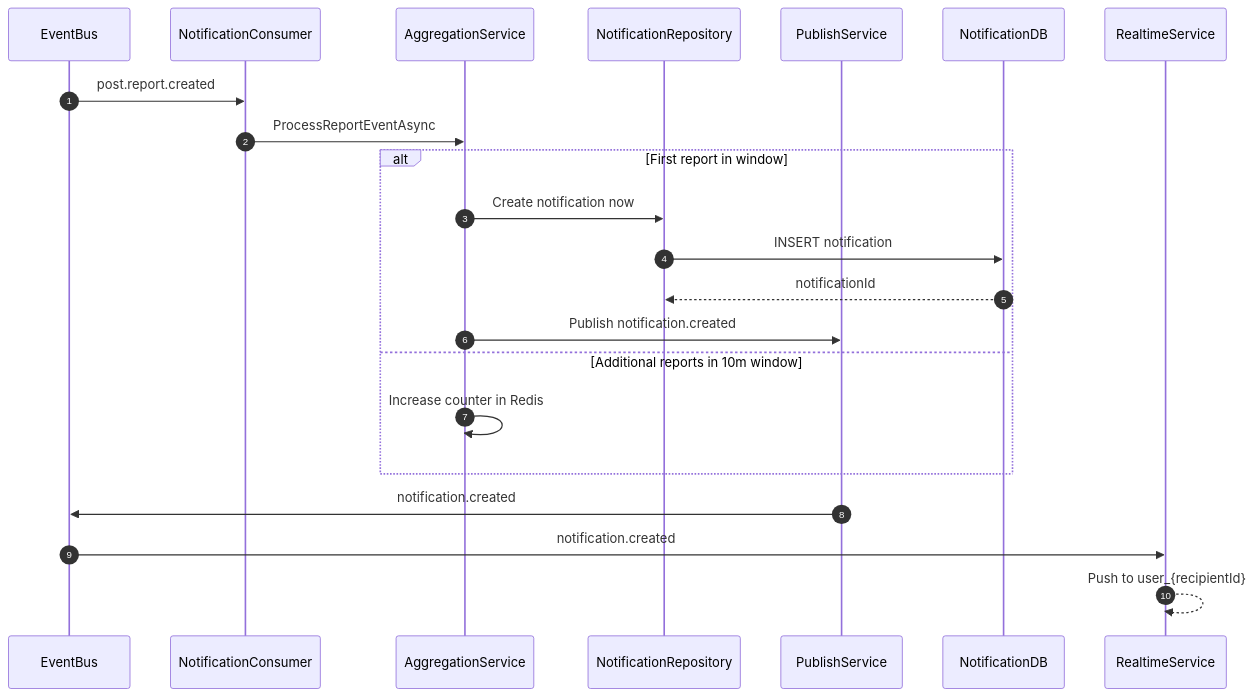
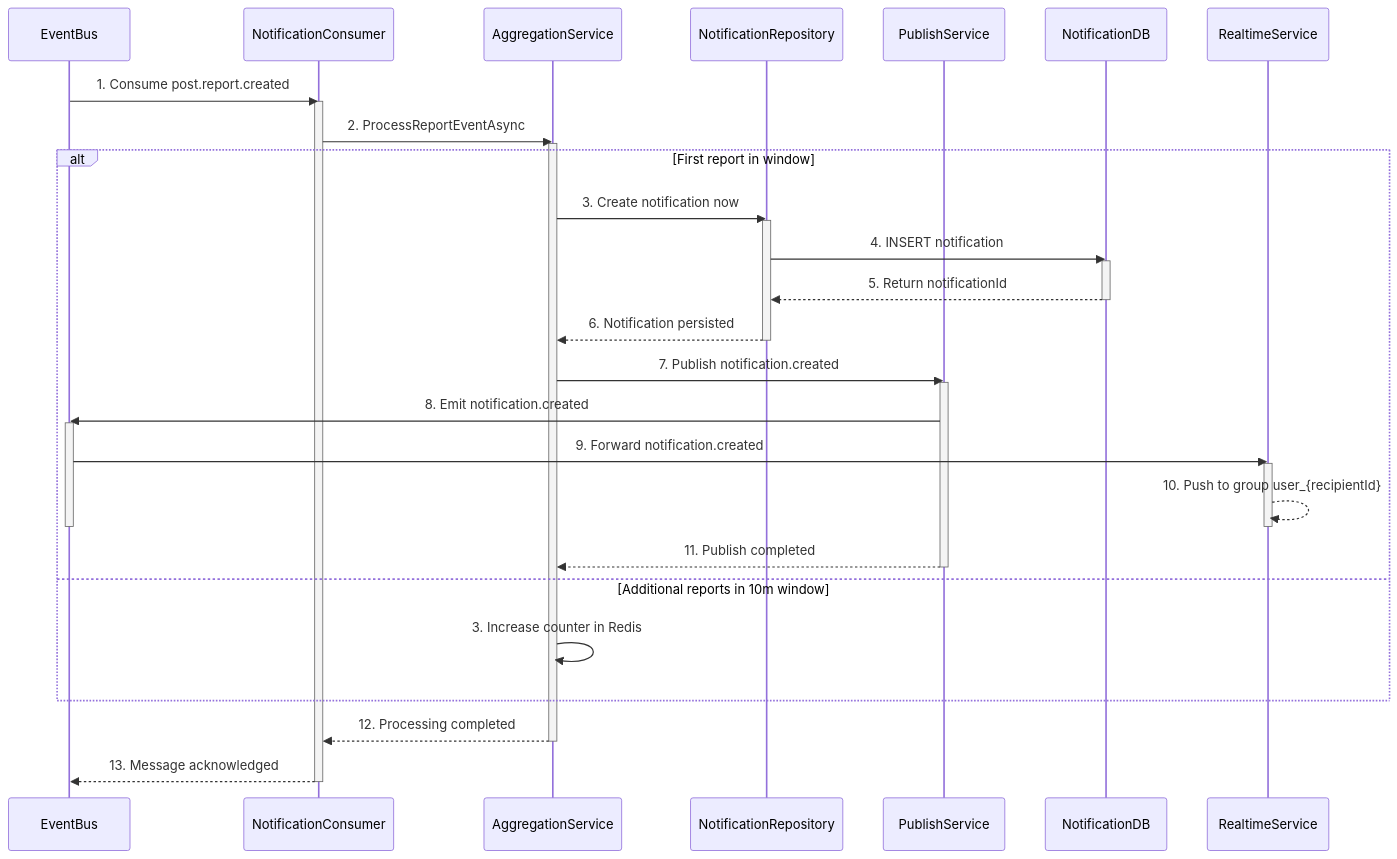
One commit to SEP490-CapstoneProject/SEP490_BE changed the diagram in sequence_dia/notification_service_sequence_diagram.md. Above: the diagram before and after it, drawn with Mermaid. The commit also changed 14 other files, not shown here.

Commit message:
feat: Add sequence diagrams for various services and re-enable subscription quota check in ApplicationService

````diff
--- a/sequence_dia/notification_service_sequence_diagram.md
+++ b/sequence_dia/notification_service_sequence_diagram.md
@@ -1,25 +1,42 @@
 ```mermaid
 sequenceDiagram
-    autonumber
     participant EventBus
     participant NotificationConsumer
     participant AggregationService
     participant NotificationRepository
     participant PublishService
     participant NotificationDB
     participant RealtimeService
 
-    EventBus->>NotificationConsumer: post.report.created
-    NotificationConsumer->>AggregationService: ProcessReportEventAsync
+    EventBus->>NotificationConsumer: 1. Consume post.report.created
+    activate NotificationConsumer
+    NotificationConsumer->>AggregationService: 2. ProcessReportEventAsync
+    activate AggregationService
     alt First report in window
-        AggregationService->>NotificationRepository: Create notification now
-        NotificationRepository->>NotificationDB: INSERT notification
-        NotificationDB-->>NotificationRepository: notificationId
-        AggregationService->>PublishService: Publish notification.created
+        AggregationService->>NotificationRepository: 3. Create notification now
+        activate NotificationRepository
+        NotificationRepository->>NotificationDB: 4. INSERT notification
+        activate NotificationDB
+        NotificationDB-->>NotificationRepository: 5. Return notificationId
+        deactivate NotificationDB
+        NotificationRepository-->>AggregationService: 6. Notification persisted
+        deactivate NotificationRepository
+        AggregationService->>PublishService: 7. Publish notification.created
+        activate PublishService
+        PublishService->>EventBus: 8. Emit notification.created
+        activate EventBus
+        EventBus->>RealtimeService: 9. Forward notification.created
+        activate RealtimeService
+        RealtimeService-->>RealtimeService: 10. Push to group user_{recipientId}
+        deactivate RealtimeService
+        deactivate EventBus
+        PublishService-->>AggregationService: 11. Publish completed
+        deactivate PublishService
     else Additional reports in 10m window
-        AggregationService->>AggregationService: Increase counter in Redis
+        AggregationService->>AggregationService: 3. Increase counter in Redis
     end
-    PublishService->>EventBus: notification.created
-    EventBus->>RealtimeService: notification.created
-    RealtimeService-->>RealtimeService: Push to user_{recipientId}
+    AggregationService-->>NotificationConsumer: 12. Processing completed
+    deactivate AggregationService
+    NotificationConsumer-->>EventBus: 13. Message acknowledged
+    deactivate NotificationConsumer
 ```
````
